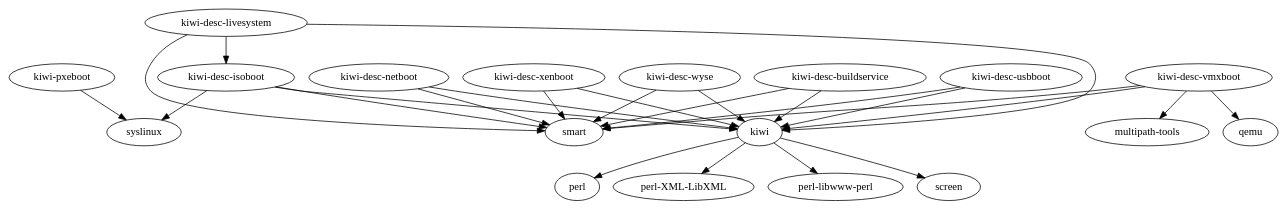
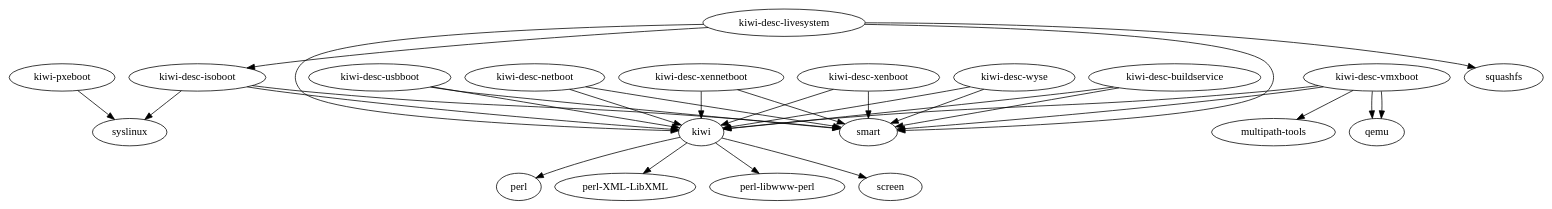
Before and after one commit to OSInside/kiwi-legacy: the diagram in .kiwi.dot, drawn with Graphviz.

Commit message:
- update dotty graph

```diff
--- a/.kiwi.dot
+++ b/.kiwi.dot
@@ -1,27 +1,42 @@
 digraph kiwi {
 	"kiwi" -> "perl"
 	"kiwi" -> "perl-XML-LibXML"
 	"kiwi" -> "perl-libwww-perl"
 	"kiwi" -> "screen"
+
 	"kiwi-pxeboot" -> "syslinux"
+
 	"kiwi-desc-isoboot" -> "kiwi"
 	"kiwi-desc-isoboot" -> "smart"
 	"kiwi-desc-isoboot" -> "syslinux"
+
 	"kiwi-desc-usbboot" -> "kiwi"
 	"kiwi-desc-usbboot" -> "smart"
+
 	"kiwi-desc-vmxboot" -> "kiwi"
 	"kiwi-desc-vmxboot" -> "qemu"
+
 	"kiwi-desc-vmxboot" -> "multipath-tools"
 	"kiwi-desc-vmxboot" -> "smart"
+	"kiwi-desc-vmxboot" -> "qemu"
+
 	"kiwi-desc-netboot" -> "kiwi"
 	"kiwi-desc-netboot" -> "smart"
+
+	"kiwi-desc-xennetboot" -> "kiwi"
+	"kiwi-desc-xennetboot" -> "smart"
+
 	"kiwi-desc-xenboot" -> "kiwi"
-	"kiwi-desc-xenboot" -> "smart"
+    "kiwi-desc-xenboot" -> "smart"
+
 	"kiwi-desc-wyse"    -> "kiwi"
 	"kiwi-desc-wyse"    -> "smart"
+
 	"kiwi-desc-buildservice" -> "kiwi"
 	"kiwi-desc-buildservice" -> "smart"
+
 	"kiwi-desc-livesystem" -> "kiwi"
 	"kiwi-desc-livesystem" -> "kiwi-desc-isoboot"
 	"kiwi-desc-livesystem" -> "smart"
+	"kiwi-desc-livesystem" -> "squashfs"
 }
```
